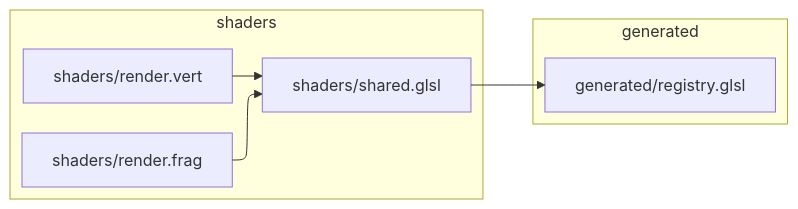
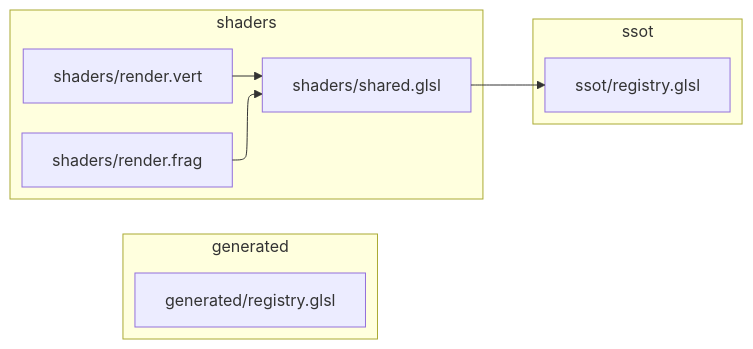
Before and after one commit to beyondbrokkoli/demo_engine: the diagram in docs/deps_glsl.md, drawn with Mermaid. The commit also changed 11 other files, not shown here.

````diff
--- a/docs/deps_glsl.md
+++ b/docs/deps_glsl.md
@@ -1,16 +1,19 @@
 ```mermaid
 %%{init: {"flowchart": {"defaultRenderer": "elk"}}}%%
 flowchart LR
     %% WeaverEngine GLSL Dependencies
     subgraph generated
         generated_registry_glsl["generated/registry.glsl"]
     end
     subgraph shaders
         shaders_render_frag["shaders/render.frag"]
         shaders_render_vert["shaders/render.vert"]
         shaders_shared_glsl["shaders/shared.glsl"]
     end
+    subgraph ssot
+        ssot_registry_glsl["ssot/registry.glsl"]
+    end
     shaders_render_frag --> shaders_shared_glsl
     shaders_render_vert --> shaders_shared_glsl
-    shaders_shared_glsl --> generated_registry_glsl
+    shaders_shared_glsl --> ssot_registry_glsl
 ```
````
